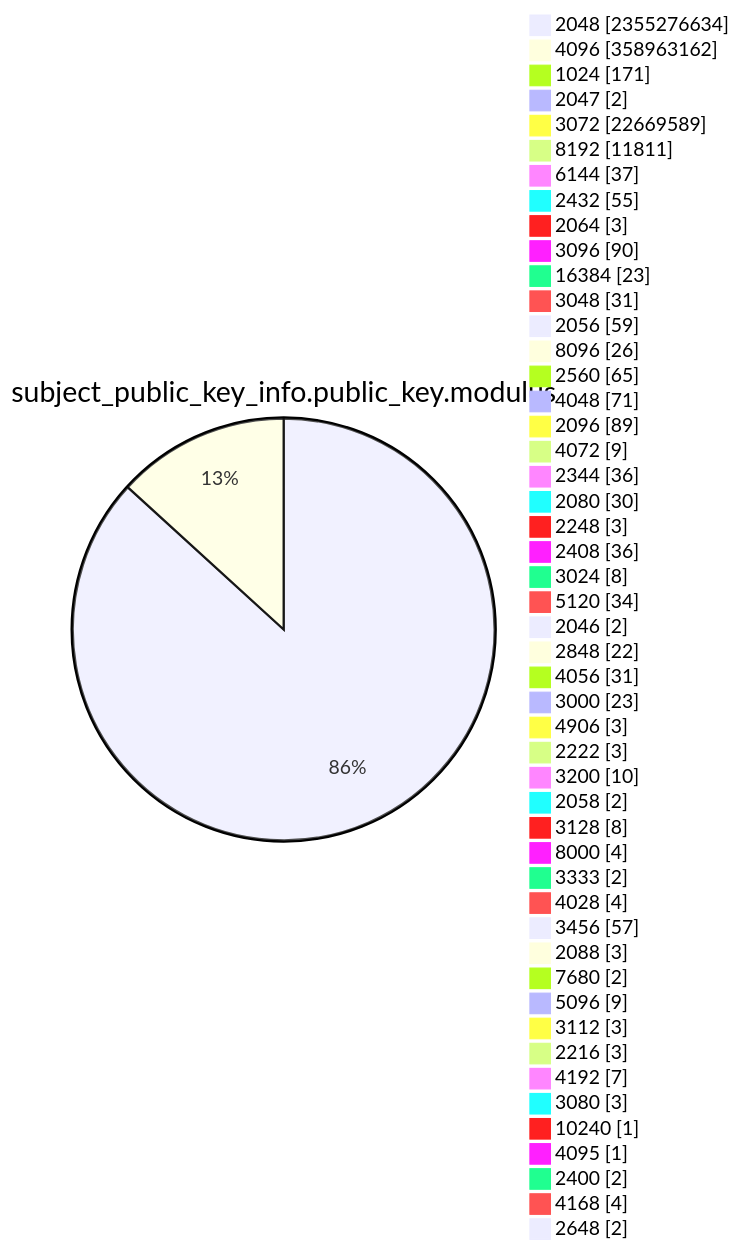
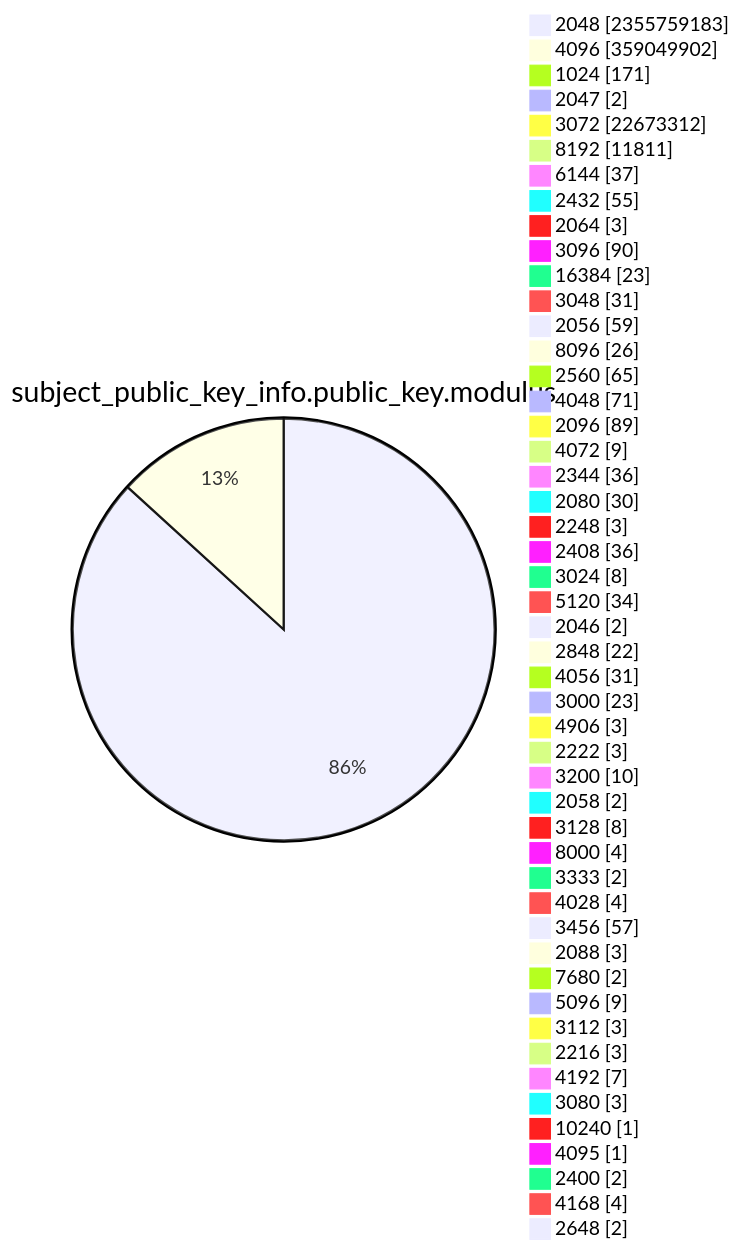
One commit to christiankrug/ctmonitor_visualization changed diagram 13 of 15 in TOTAL/README.md. Above: the diagram before and after it, drawn with Mermaid. The commit also changed other lines of this file, not shown here.

````diff
--- a/TOTAL/README.md
+++ b/TOTAL/README.md
@@ -4167,53 +4167,53 @@
 ```mermaid
 pie showData
 title subject_public_key_info.public_key.modulus
-"2048" :2355276634
-"4096" :358963162
+"2048" :2355759183
+"4096" :359049902
 "1024" :171
 "2047" :2
-"3072" :22669589
+"3072" :22673312
 "8192" :11811
 "6144" :37
 "2432" :55
 "2064" :3
 "3096" :90
 "16384" :23
 "3048" :31
 "2056" :59
 "8096" :26
 "2560" :65
 "4048" :71
 "2096" :89
 "4072" :9
 "2344" :36
 "2080" :30
 "2248" :3
 "2408" :36
 "3024" :8
 "5120" :34
 "2046" :2
 "2848" :22
 "4056" :31
 "3000" :23
 "4906" :3
 "2222" :3
 "3200" :10
 "2058" :2
 "3128" :8
 "8000" :4
 "3333" :2
 "4028" :4
 "3456" :57
 "2088" :3
 "7680" :2
 "5096" :9
 "3112" :3
 "2216" :3
 "4192" :7
 "3080" :3
 "10240" :1
 "4095" :1
 "2400" :2
 "4168" :4
 "2648" :2
 ```
````
